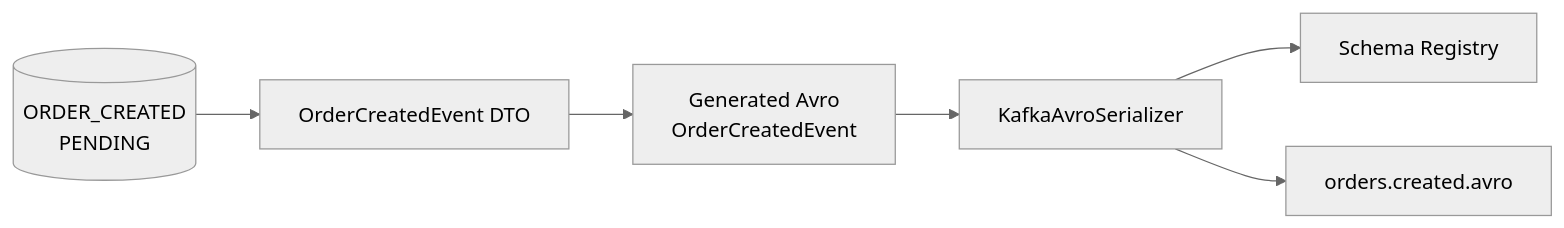
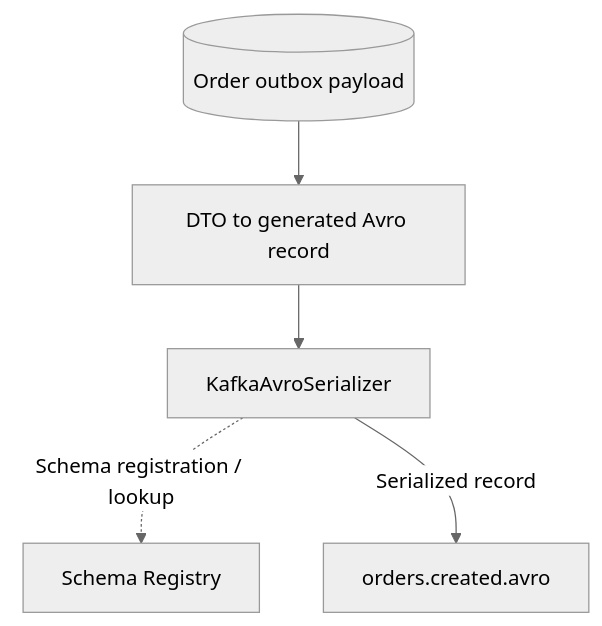
Before and after one commit to alexsaifee786-jpg/kafka-order-platform: the fourth of 7 diagrams in README.md, drawn with Mermaid (neutral theme). The commit also changed other lines of this file, not shown here.

Commit message:
docs: polish README navigation, diagrams and implementation boundaries

````diff
--- a/README.md
+++ b/README.md
@@ -703,8 +667,7 @@
 ```mermaid
-flowchart LR
-    Outbox[(ORDER_CREATED\nPENDING)] --> JavaEvent[OrderCreatedEvent DTO]
-    JavaEvent --> AvroRecord[Generated Avro\nOrderCreatedEvent]
-    AvroRecord --> Serializer[KafkaAvroSerializer]
-    Serializer --> Registry[Schema Registry]
-    Serializer --> Kafka[orders.created.avro]
+flowchart TD
+    Row[("Order outbox payload")] --> Map["DTO to generated Avro record"]
+    Map --> Serializer["KafkaAvroSerializer"]
+    Serializer -. "Schema registration / lookup" .-> Registry["Schema Registry"]
+    Serializer -->|"Serialized record"| Topic["orders.created.avro"]
 ```
````
